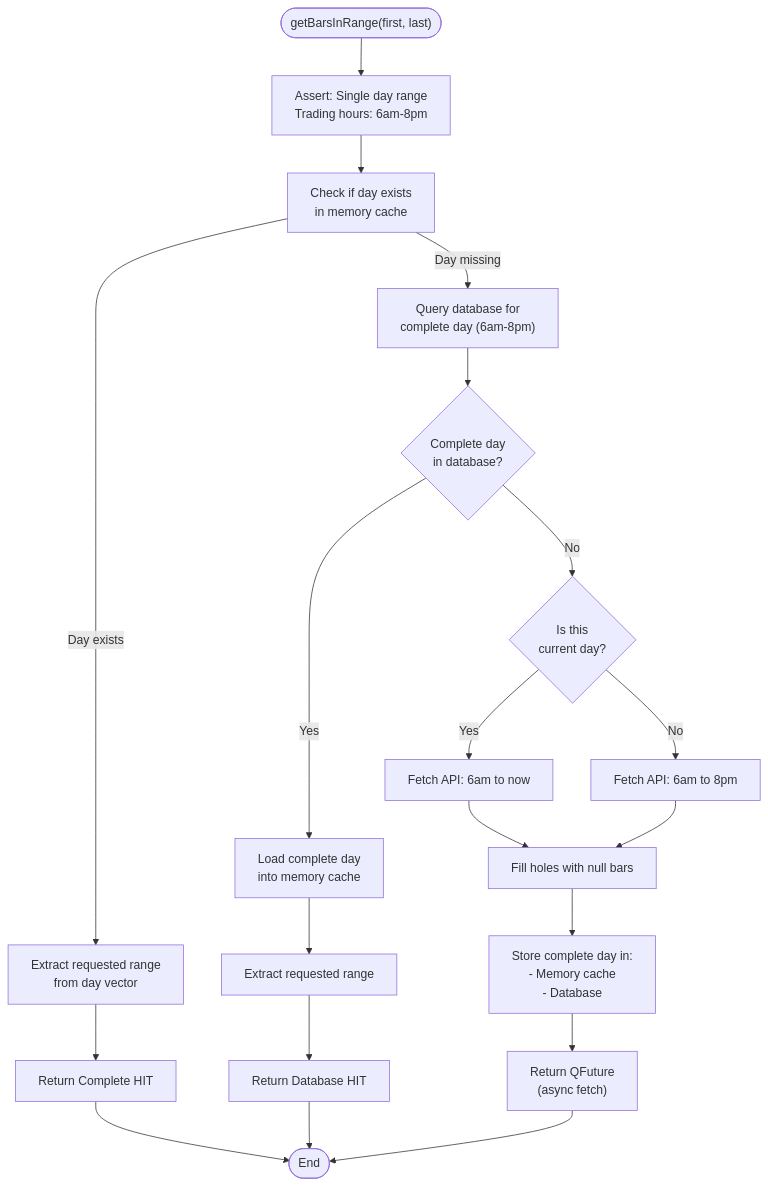
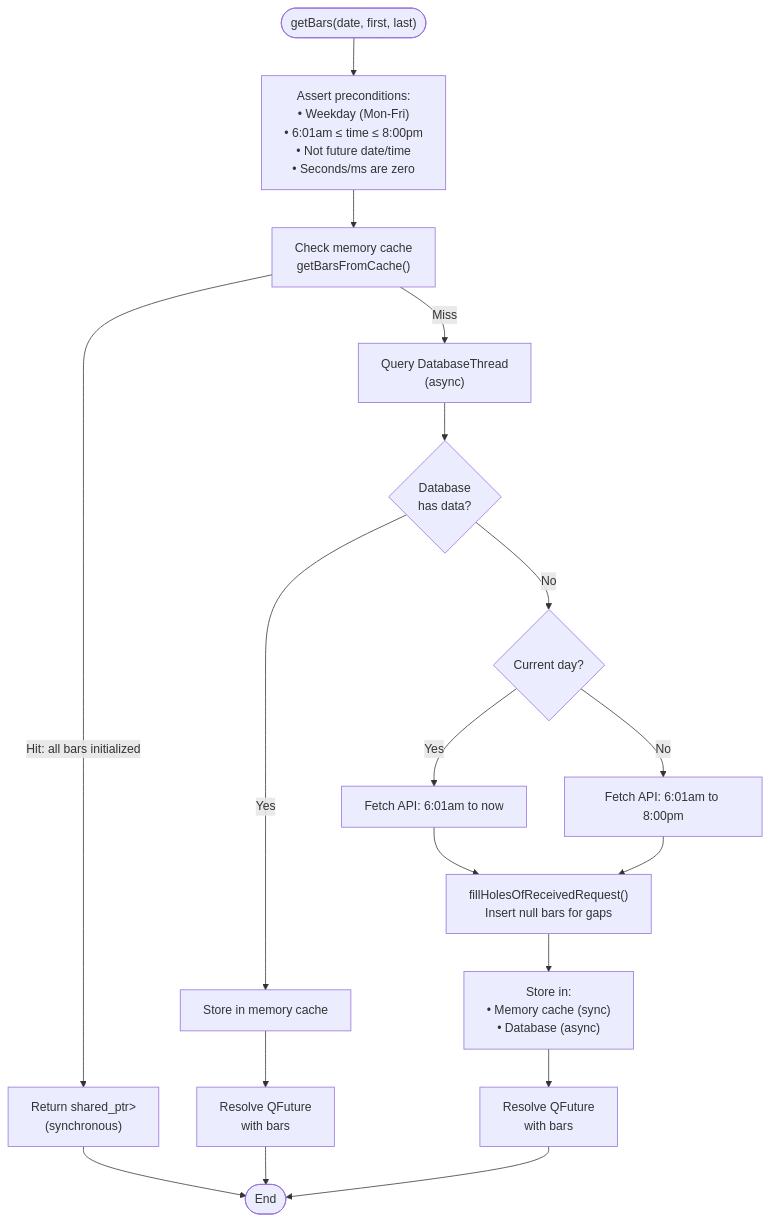
One commit to simonbeaudoin0935/OpenTraderPlatform changed the fourth of 6 diagrams in Src/Core/Cache/BarCache/BarCache.md. Above: the diagram before and after it, drawn with Mermaid. The commit also changed other lines of this file and 3 other files, not shown here.

Commit message:
Enhance StockPriceChart: Implement dynamic rescaling of volume axis based on visible data range

````diff
--- a/Src/Core/Cache/BarCache/BarCache.md
+++ b/Src/Core/Cache/BarCache/BarCache.md
@@ -146,29 +179,29 @@
 ```mermaid
 flowchart TD
-    START(["getBarsInRange(first, last)"]) --> ASSERT["Assert: Single day range<br/>Trading hours: 6am-8pm"]
-    ASSERT --> CHECK_DAY["Check if day exists<br/>in memory cache"]
+    START(["getBars(date, first, last)"]) --> ASSERT["Assert preconditions:<br/>• Weekday (Mon-Fri)<br/>• 6:01am ≤ time ≤ 8:00pm<br/>• Not future date/time<br/>• Seconds/ms are zero"]
+    ASSERT --> CHECK_MEMORY["Check memory cache<br/>getBarsFromCache()"]
     
-    CHECK_DAY -->|"Day exists"| EXTRACT_MEMORY["Extract requested range<br/>from day vector"]
-    EXTRACT_MEMORY --> HIT["Return Complete HIT"]
+    CHECK_MEMORY -->|"Hit: all bars initialized"| RETURN_SYNC["Return shared_ptr<QVector<Bar>><br/>(synchronous)"]
     
-    CHECK_DAY -->|"Day missing"| CHECK_DB["Query database for<br/>complete day (6am-8pm)"]
-    CHECK_DB --> DB_COMPLETE{"Complete day<br/>in database?"}
+    CHECK_MEMORY -->|"Miss"| CHECK_DB["Query DatabaseThread<br/>(async)"]
     
-    DB_COMPLETE -->|"Yes"| LOAD_DAY["Load complete day<br/>into memory cache"]
-    LOAD_DAY --> EXTRACT_DB["Extract requested range"]
-    EXTRACT_DB --> DB_HIT["Return Database HIT"]
+    CHECK_DB --> DB_RESULT{"Database<br/>has data?"}
     
-    DB_COMPLETE -->|"No"| IS_TODAY{"Is this<br/>current day?"}
-    IS_TODAY -->|"Yes"| FETCH_PARTIAL["Fetch API: 6am to now"]
-    IS_TODAY -->|"No"| FETCH_FULL["Fetch API: 6am to 8pm"]
+    DB_RESULT -->|"Yes"| STORE_MEMORY["Store in memory cache"]
+    STORE_MEMORY --> RESOLVE_DB["Resolve QFuture<br/>with bars"]
     
-    FETCH_PARTIAL --> FILL_HOLES["Fill holes with null bars"]
+    DB_RESULT -->|"No"| DETERMINE_RANGE{"Current day?"}
+    
+    DETERMINE_RANGE -->|"Yes"| FETCH_PARTIAL["Fetch API: 6:01am to now"]
+    DETERMINE_RANGE -->|"No"| FETCH_FULL["Fetch API: 6:01am to 8:00pm"]
+    
+    FETCH_PARTIAL --> FILL_HOLES["fillHolesOfReceivedRequest()<br/>Insert null bars for gaps"]
     FETCH_FULL --> FILL_HOLES
     
-    FILL_HOLES --> STORE_BOTH["Store complete day in:<br/>- Memory cache<br/>- Database"]
-    STORE_BOTH --> ASYNC["Return QFuture<br/>(async fetch)"]
+    FILL_HOLES --> STORE_BOTH["Store in:<br/>• Memory cache (sync)<br/>• Database (async)"]
+    STORE_BOTH --> RESOLVE_API["Resolve QFuture<br/>with bars"]
     
-    HIT --> END(["End"])
-    DB_HIT --> END
-    ASYNC --> END
+    RETURN_SYNC --> END(["End"])
+    RESOLVE_DB --> END
+    RESOLVE_API --> END
 ```
````
